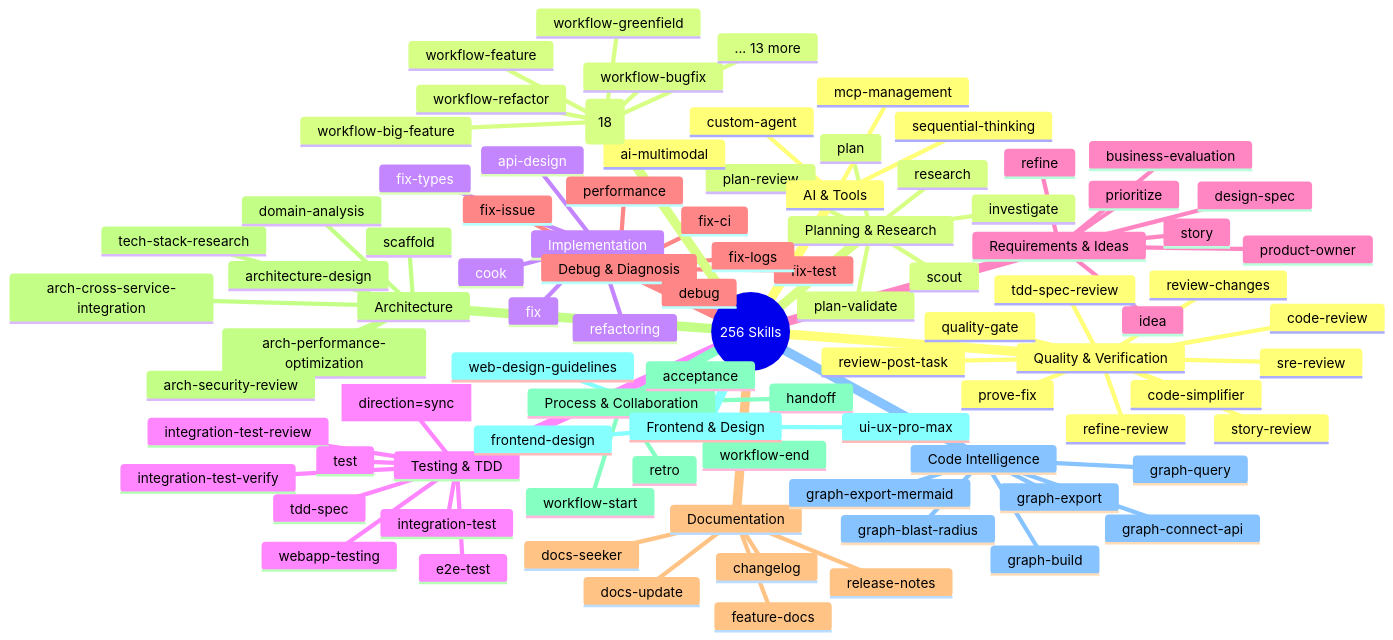
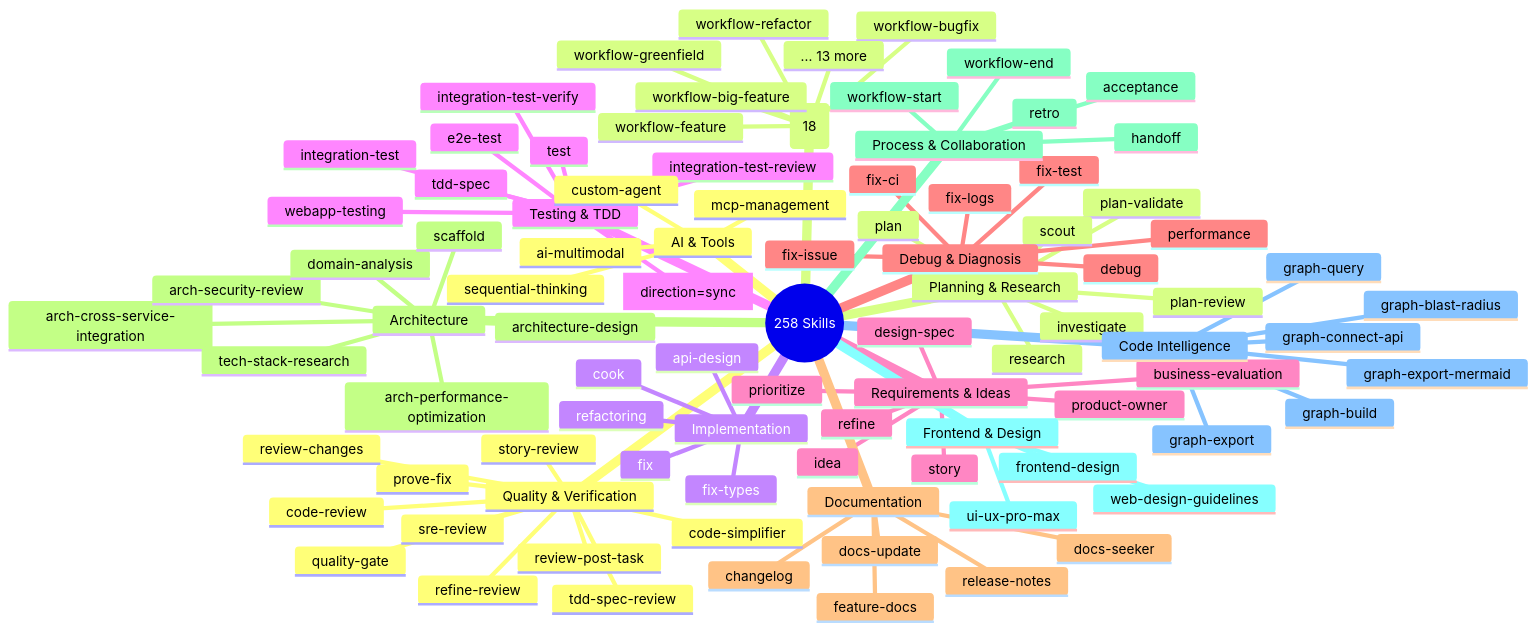
One commit to duc01226/easy-claude changed the fifth of 20 diagrams in .claude/docs/claude-ai-agent-framework-guide.md. Above: the diagram before and after it, drawn with Mermaid. The commit also changed other lines of this file and 372 other files, not shown here.

````diff
--- a/.claude/docs/claude-ai-agent-framework-guide.md
+++ b/.claude/docs/claude-ai-agent-framework-guide.md
@@ -464,6 +474,6 @@
 ```mermaid
 mindmap
-  root((256 Skills))
+  root((258 Skills))
     Quality & Verification
       code-review
       prove-fix
````
